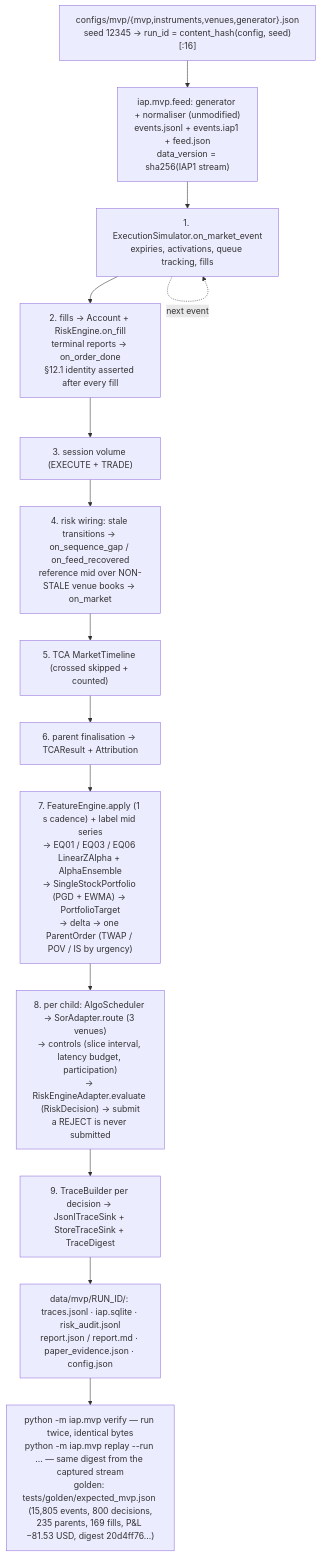
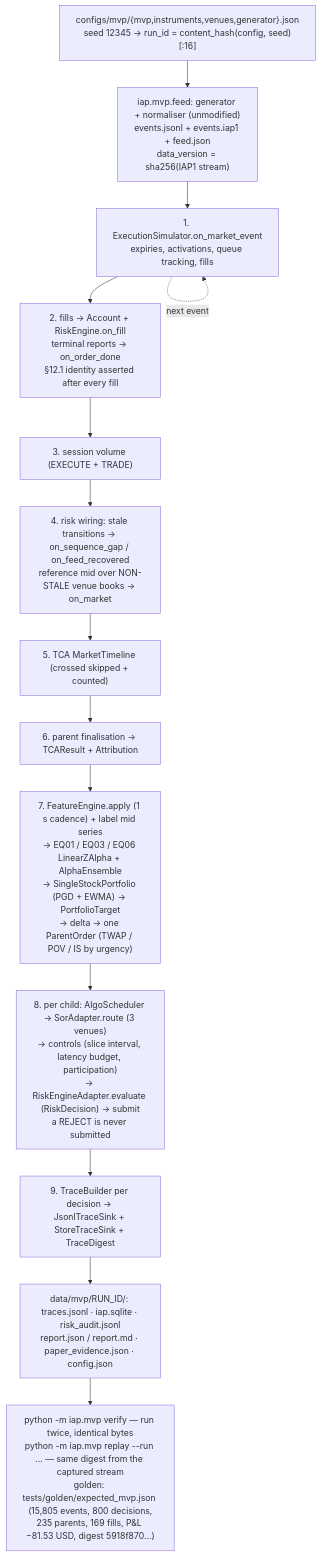
The diagram in docs/diagrams/mvp_loop.mmd (AshJha0/intraday-alpha-platform), drawn with Mermaid before and after one commit. The commit also changed 17 other files, not shown here.

Commit message:
docs: v1.14 risk controls (PLATFORM_CONVENTIONS §11.1, MIGRATIONS, CHANGELOG), parity counts, MVP digest

```diff
--- a/docs/diagrams/mvp_loop.mmd
+++ b/docs/diagrams/mvp_loop.mmd
@@ -1,15 +1,15 @@
 flowchart TD
     %% python -m iap.mvp run — docs/MVP.md §3; per-event order of MvpEngine.on_event.
     CFG["configs/mvp/{mvp,instruments,venues,generator}.json<br/>seed 12345 → run_id = content_hash(config, seed)[:16]"] --> FEED["iap.mvp.feed: generator + normaliser (unmodified)<br/>events.jsonl + events.iap1 + feed.json<br/>data_version = sha256(IAP1 stream)"]
     FEED --> SIM["1. ExecutionSimulator.on_market_event<br/>expiries, activations, queue tracking, fills"]
     SIM --> ACC["2. fills → Account + RiskEngine.on_fill<br/>terminal reports → on_order_done<br/>§12.1 identity asserted after every fill"]
     ACC --> VOL["3. session volume (EXECUTE + TRADE)"]
     VOL --> MARK["4. risk wiring: stale transitions → on_sequence_gap / on_feed_recovered<br/>reference mid over NON-STALE venue books → on_market"]
     MARK --> TL["5. TCA MarketTimeline (crossed skipped + counted)"]
     TL --> FIN["6. parent finalisation → TCAResult + Attribution"]
     FIN --> FEAT["7. FeatureEngine.apply (1 s cadence) + label mid series<br/>→ EQ01 / EQ03 / EQ06 LinearZAlpha + AlphaEnsemble<br/>→ SingleStockPortfolio (PGD + EWMA) → PortfolioTarget<br/>→ delta → one ParentOrder (TWAP / POV / IS by urgency)"]
     FEAT --> CHILD["8. per child: AlgoScheduler → SorAdapter.route (3 venues)<br/>→ controls (slice interval, latency budget, participation)<br/>→ RiskEngineAdapter.evaluate (RiskDecision) → submit<br/>a REJECT is never submitted"]
     CHILD --> TRACE["9. TraceBuilder per decision → JsonlTraceSink + StoreTraceSink + TraceDigest"]
     TRACE --> OUT["data/mvp/RUN_ID/: traces.jsonl · iap.sqlite · risk_audit.jsonl<br/>report.json / report.md · paper_evidence.json · config.json"]
-    OUT --> VERIFY["python -m iap.mvp verify — run twice, identical bytes<br/>python -m iap.mvp replay --run … — same digest from the captured stream<br/>golden: tests/golden/expected_mvp.json (15,805 events, 800 decisions,<br/>235 parents, 169 fills, P&L −81.53 USD, digest 20d4ff76…)"]
+    OUT --> VERIFY["python -m iap.mvp verify — run twice, identical bytes<br/>python -m iap.mvp replay --run … — same digest from the captured stream<br/>golden: tests/golden/expected_mvp.json (15,805 events, 800 decisions,<br/>235 parents, 169 fills, P&L −81.53 USD, digest 5918f870…)"]
     SIM -. "next event" .-> SIM
```
